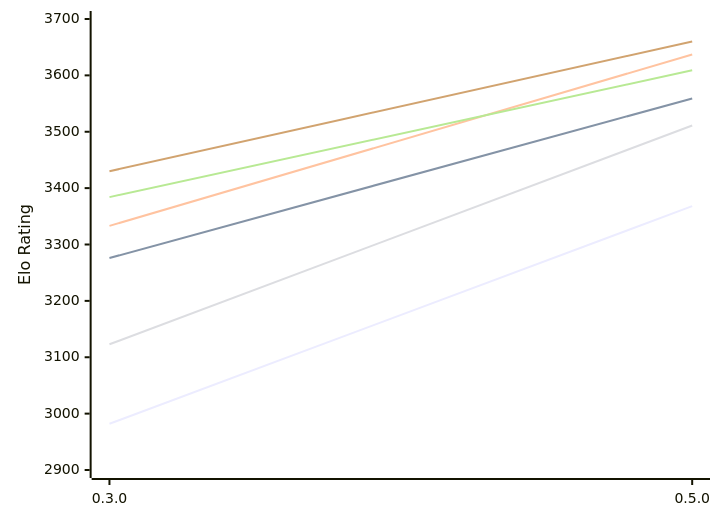
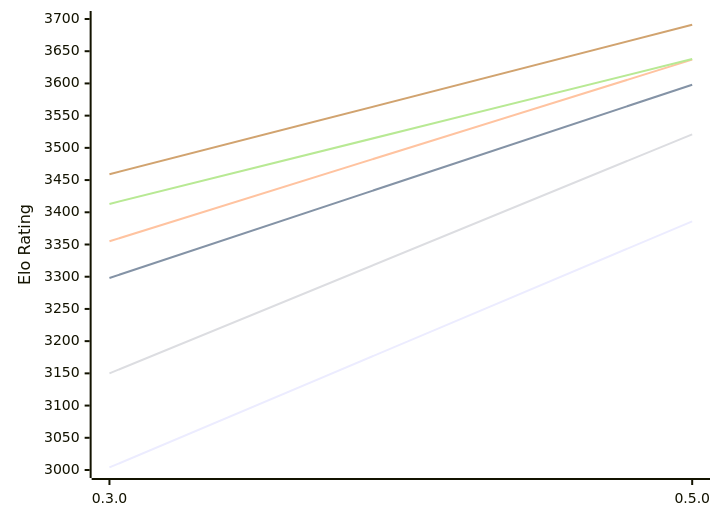
The first of 2 diagrams in engines/Justbot.md (computer-chess-index/cci), drawn with Mermaid before and after one commit. The commit also changed other lines of this file, not shown here.

Commit message:
Update CCI Ratings (ELO VLTC) - 2026-10-20

````diff
--- a/engines/Justbot.md
+++ b/engines/Justbot.md
@@ -53,12 +53,12 @@
 ```mermaid
 %%{init: {"theme":"base","themeVariables":{"seriesColors:['#a3a3a3','#222221','#faa371']}}}%%
 xychart-beta
   x-axis ["0.3.0", "0.5.0"]
-  y-axis "Elo Rating" 2900 --> 3700
-  line "E1: STC (8.0+0.08s)" [2982, 3368]
-  line "E1: LTC (60.0+0.60s)" [3276, 3559]
-  line "E1: VLTC (2m24s+1.12s)" [3333, 3637]
-  line "P1: STC (8.0+0.08s)" [3123, 3511]
-  line "P1: LTC (60.0+0.60s)" [3384, 3609]
-  line "P1: VLTC (2m24s+1.12s)" [3430, 3660]
+  y-axis "Elo Rating" 3000 --> 3700
+  line "E1: STC (8.0+0.08s)" [3004, 3386]
+  line "E1: LTC (60.0+0.60s)" [3298, 3598]
+  line "E1: VLTC (2m24s+1.12s)" [3355, 3637]
+  line "P1: STC (8.0+0.08s)" [3150, 3521]
+  line "P1: LTC (60.0+0.60s)" [3413, 3638]
+  line "P1: VLTC (2m24s+1.12s)" [3459, 3691]
 ```
````
